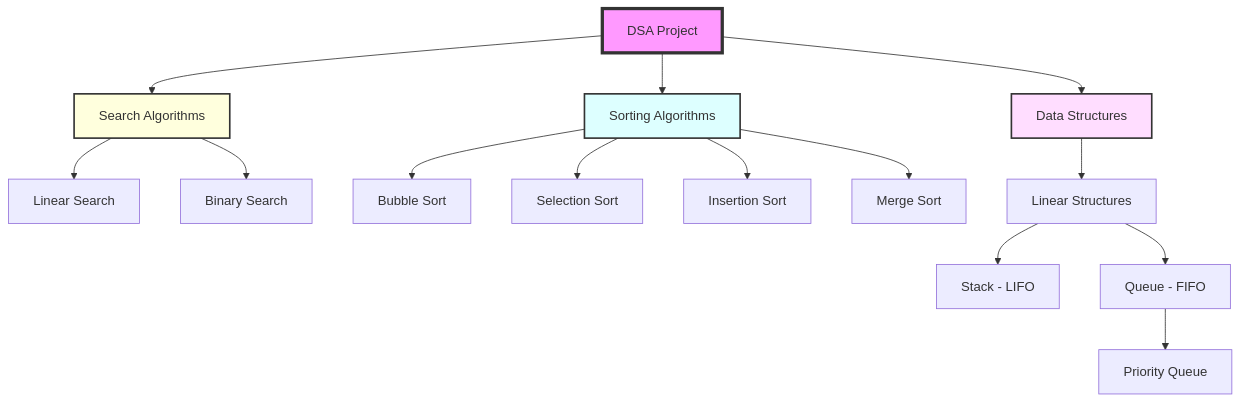
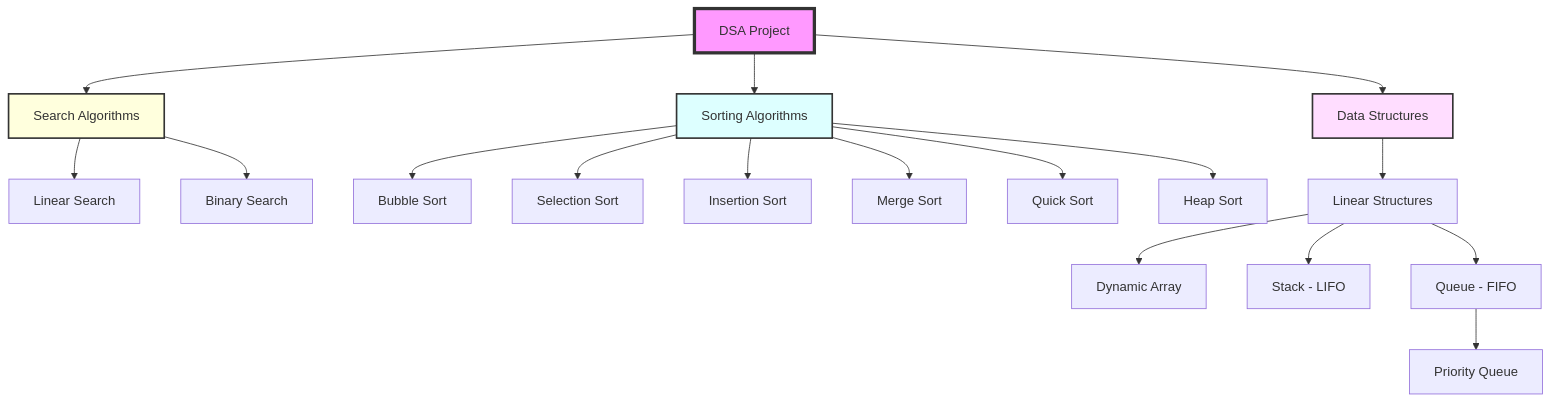
One commit to ahmedGHtarek0/Data-Structure changed the diagram in README.md. Above: the diagram before and after it, drawn with Mermaid. The commit also changed other lines of this file and 6 other files, not shown here.

Commit message:
Add Dynamic Array, Heap Sort, and Quick Sort guides, and update main README

````diff
--- a/README.md
+++ b/README.md
@@ -8,24 +8,27 @@
 ```mermaid
 graph TD
     DSA[DSA Project] --> Search[Search Algorithms]
     DSA --> Sort[Sorting Algorithms]
     DSA --> DS[Data Structures]
     
     Search --> LS[Linear Search]
     Search --> BS[Binary Search]
     
     Sort --> BSort[Bubble Sort]
     Sort --> SSort[Selection Sort]
     Sort --> ISort[Insertion Sort]
     Sort --> MSort[Merge Sort]
+    Sort --> QSort[Quick Sort]
+    Sort --> HSort[Heap Sort]
     
     DS --> Linear[Linear Structures]
+    Linear --> DA[Dynamic Array]
     Linear --> S[Stack - LIFO]
     Linear --> Q[Queue - FIFO]
     Q --> PQ[Priority Queue]
     
     style DSA fill:#f9f,stroke:#333,stroke-width:4px
     style Search fill:#ffd,stroke:#333,stroke-width:2px
     style Sort fill:#dff,stroke:#333,stroke-width:2px
     style DS fill:#fdf,stroke:#333,stroke-width:2px
 ```
````
